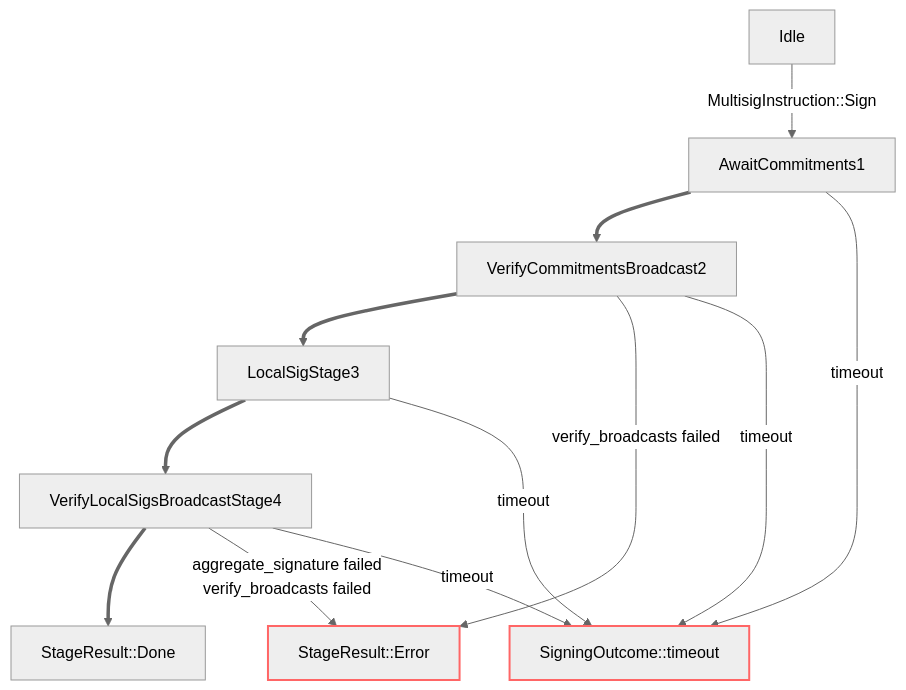
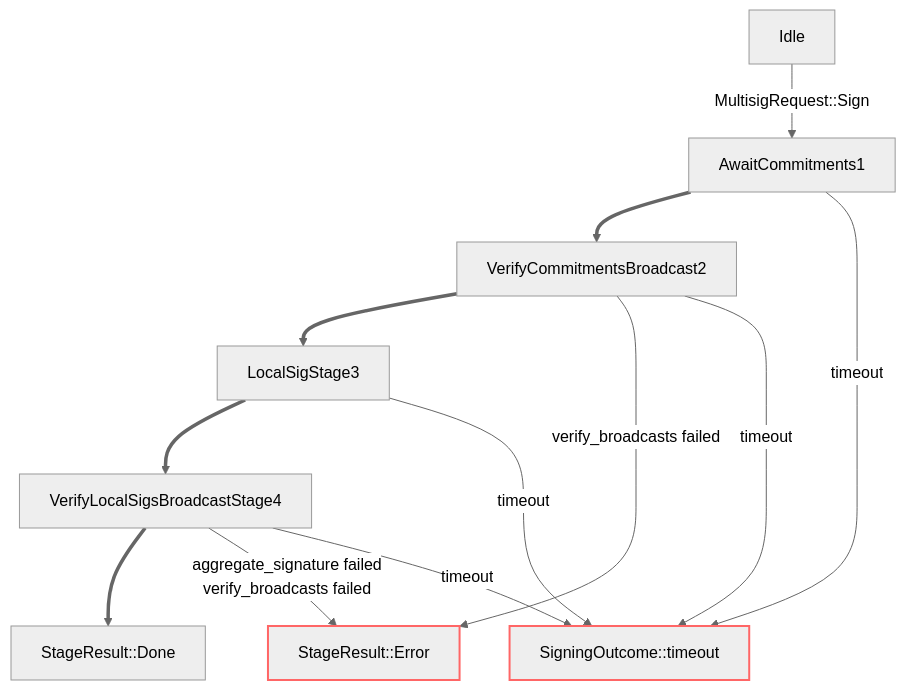
The third of 3 diagrams in engine/src/multisig/readme.md (chainflip-io/chainflip-backend), drawn with Mermaid (neutral theme) before and after one commit. The commit also changed other lines of this file and 6 other files, not shown here.

First line of the commit message:
chore: rename MultisigInstruction to MultisigRequest

````diff
--- a/engine/src/multisig/readme.md
+++ b/engine/src/multisig/readme.md
@@ -74,19 +74,19 @@
 ```mermaid
 graph TD;
-Idle -- MultisigInstruction::Sign --> AwaitCommitments1
+Idle -- MultisigRequest::Sign --> AwaitCommitments1
 AwaitCommitments1 ==> VerifyCommitmentsBroadcast2
 VerifyCommitmentsBroadcast2 ==> LocalSigStage3
 LocalSigStage3 ==> VerifyLocalSigsBroadcastStage4
 VerifyLocalSigsBroadcastStage4 ==> StageResult::Done
 
 VerifyCommitmentsBroadcast2 -- verify_broadcasts failed --> StageResult::Error
 VerifyLocalSigsBroadcastStage4 -- aggregate_signature failed<br>verify_broadcasts failed --> StageResult::Error
 
 AwaitCommitments1 -- timeout --> SigningOutcome::timeout
 VerifyCommitmentsBroadcast2 -- timeout --> SigningOutcome::timeout
 LocalSigStage3 -- timeout --> SigningOutcome::timeout
 VerifyLocalSigsBroadcastStage4 -- timeout --> SigningOutcome::timeout
 
 classDef Error stroke:#f66,stroke-width:2px;
 class SigningOutcome::timeout,StageResult::Error Error
 ```
````
